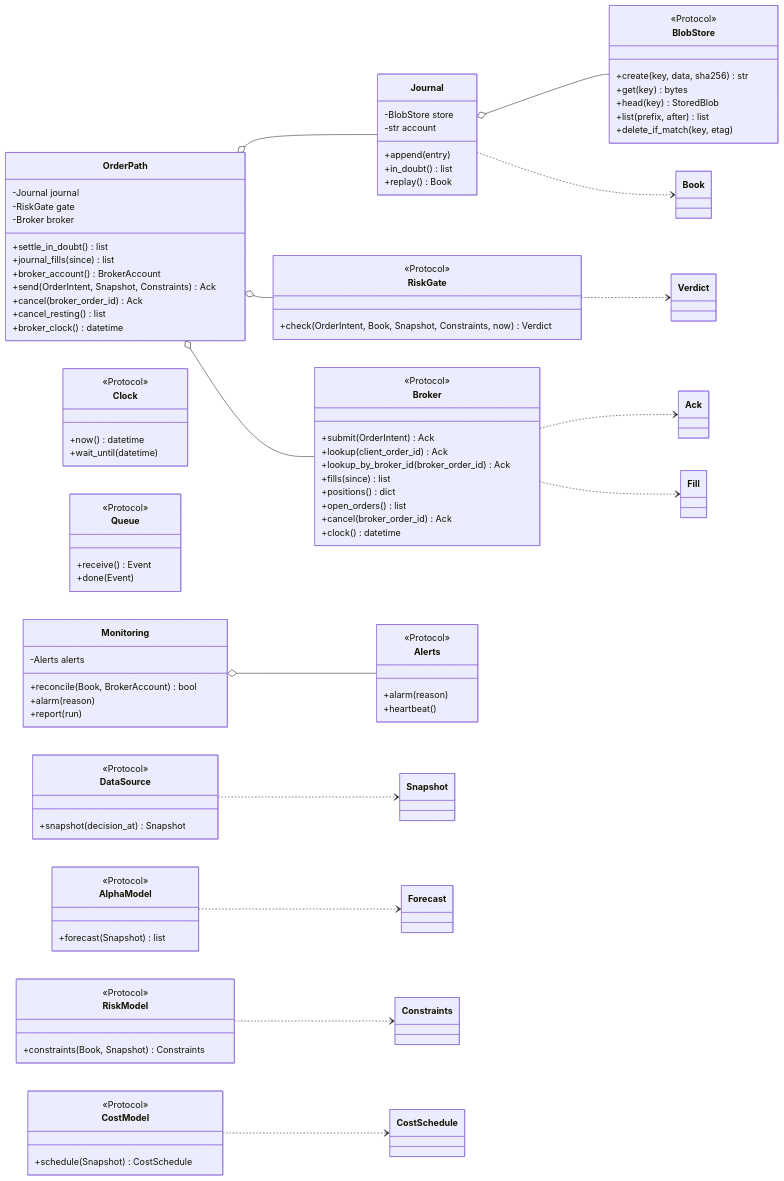
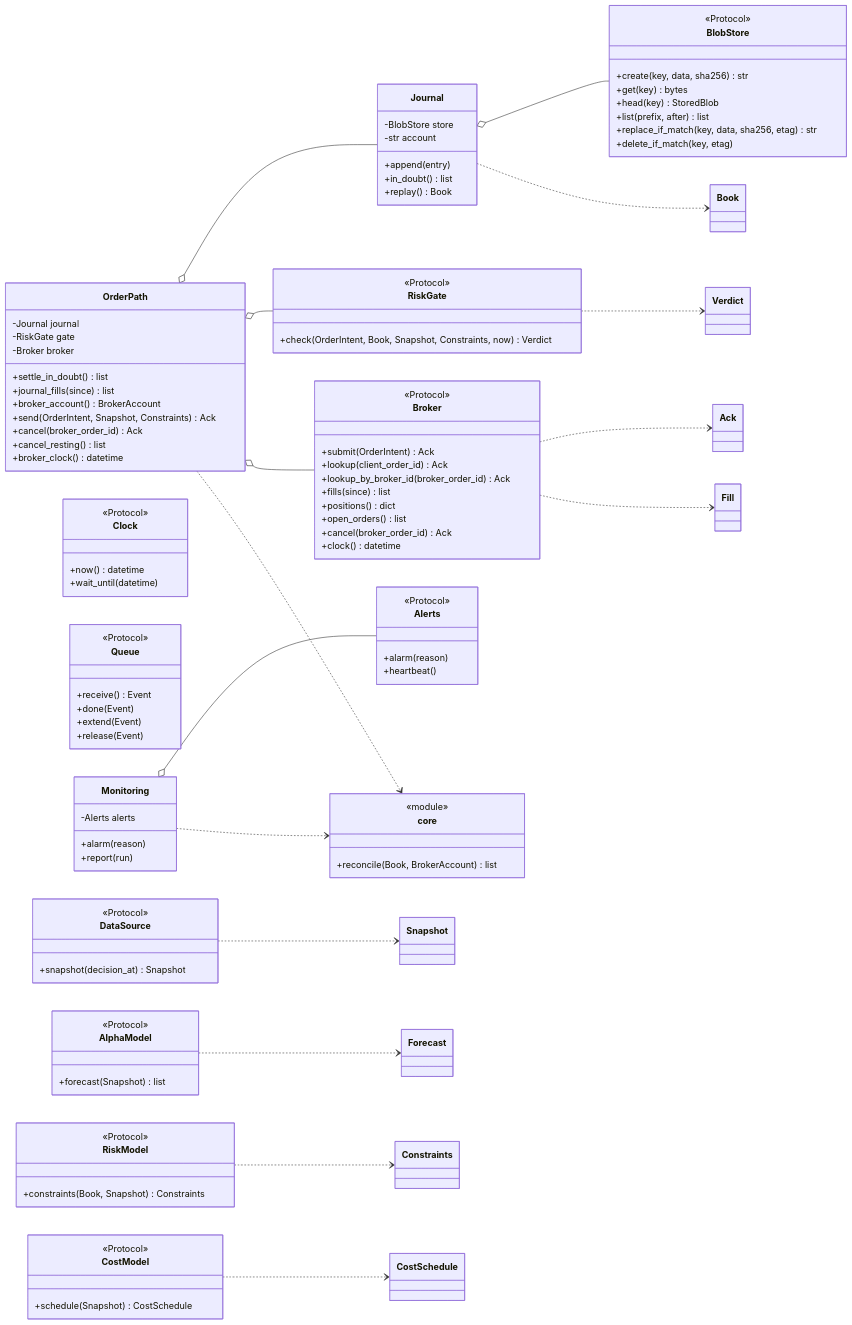
Diagram 11 of 16 in docs/architecture.md (l3a0/ithildin-runtime), drawn with Mermaid before and after one commit. The commit also changed other lines of this file, not shown here.

First line of the commit message:
docs(architecture): apply the review's fixes to the types, storage, CI and decisions

````diff
--- a/docs/architecture.md
+++ b/docs/architecture.md
@@ -1410,6 +1413,8 @@
         <<Protocol>>
         +receive() Event
         +done(Event)
+        +extend(Event)
+        +release(Event)
     }
     class Broker {
         <<Protocol>>
@@ -1444,6 +1449,7 @@
         +get(key) bytes
         +head(key) StoredBlob
         +list(prefix, after) list
+        +replace_if_match(key, data, sha256, etag) str
         +delete_if_match(key, etag)
     }
     class Alerts {
@@ -1472,9 +1478,12 @@
     }
     class Monitoring {
         -Alerts alerts
-        +reconcile(Book, BrokerAccount) bool
         +alarm(reason)
         +report(run)
+    }
+    class core {
+        <<module>>
+        +reconcile(Book, BrokerAccount) list
     }
 
     Journal o-- BlobStore
@@ -1490,4 +1499,6 @@
     Broker ..> Ack
     Broker ..> Fill
     Journal ..> Book
+    OrderPath ..> core
+    Monitoring ..> core
 ```
````
